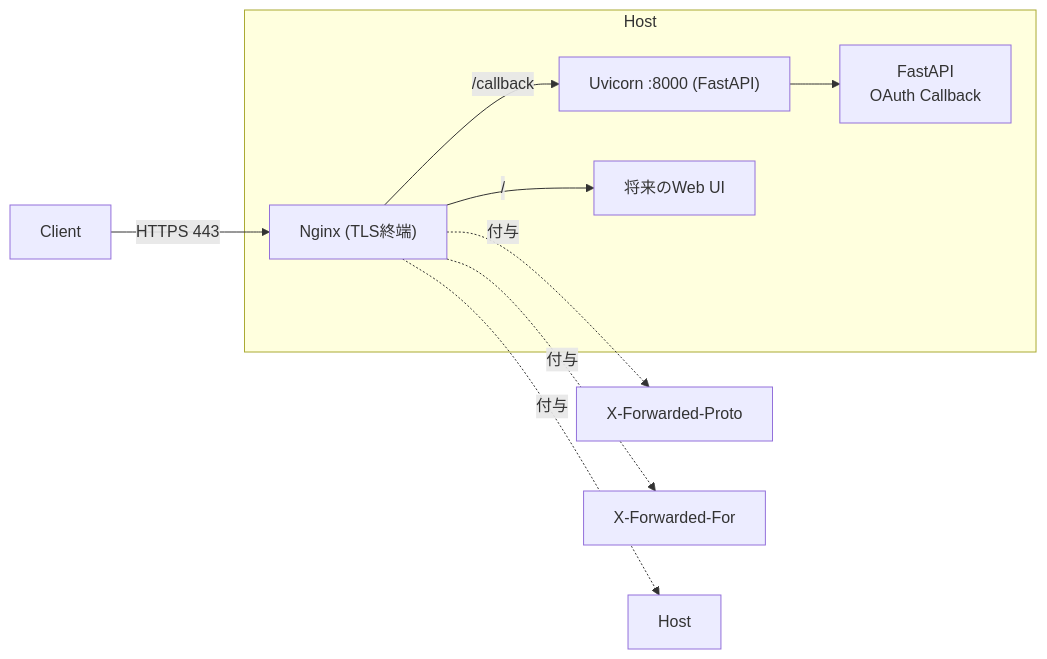
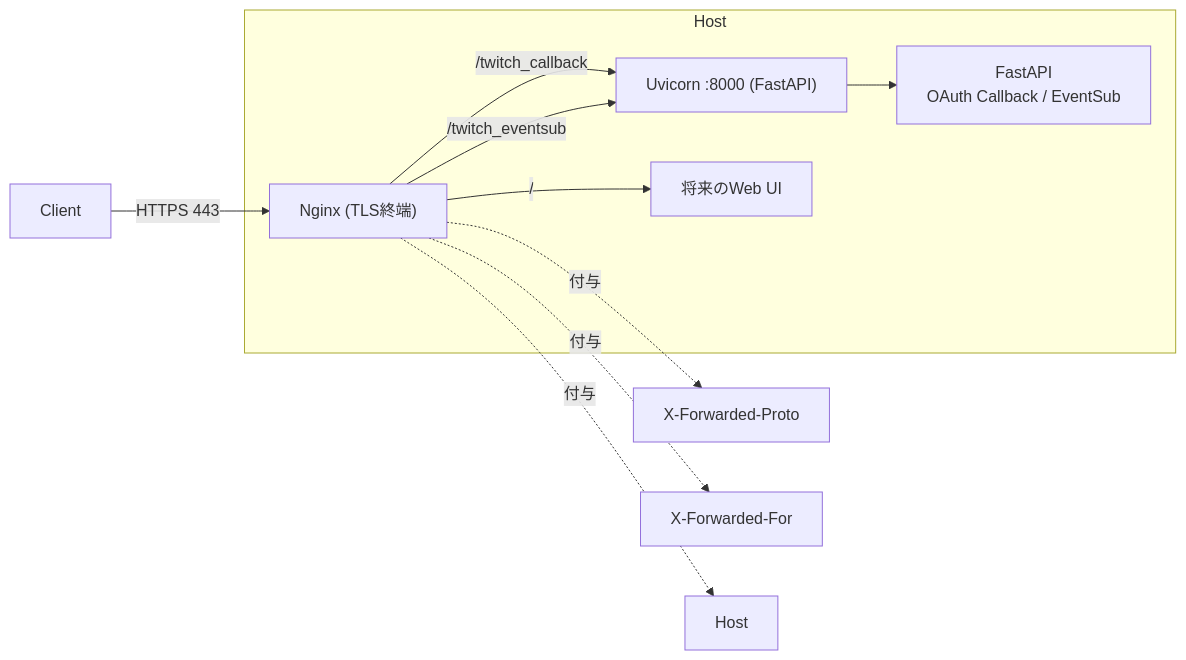
One commit to NAKANORyunosuke/NAKANORyunosuke.github.io changed the first of 2 diagrams in _projects/twitch-discord-bot.md. Above: the diagram before and after it, drawn with Mermaid. The commit also changed other lines of this file, not shown here.

```diff
--- a/_projects/twitch-discord-bot.md
+++ b/_projects/twitch-discord-bot.md
@@ -63,18 +47,19 @@
 <div class="mermaid" markdown="0">
 flowchart LR
-  C[Client] -->|HTTPS 443| N["Nginx (TLS終端)"];
-  N -->|/callback| U["Uvicorn :8000 (FastAPI)"];
-  U --> F["FastAPI<br/>OAuth Callback"];
-  N -->|/| W["将来のWeb UI"];
+  C[Client] -->|HTTPS 443| N["Nginx (TLS終端)"]
+  N -->|/twitch_callback| U["Uvicorn :8000 (FastAPI)"]
+  N -->|/twitch_eventsub| U
+  U --> F["FastAPI<br/>OAuth Callback / EventSub"]
+  N -->|/| W["将来のWeb UI"]
 
   subgraph Host
     N
     U
     F
     W
   end
 
-  N -.付与.-> H1[X-Forwarded-Proto];
-  N -.付与.-> H2[X-Forwarded-For];
-  N -.付与.-> H3[Host];
+  N -.付与.-> H1[X-Forwarded-Proto]
+  N -.付与.-> H2[X-Forwarded-For]
+  N -.付与.-> H3[Host]
 </div>
```
